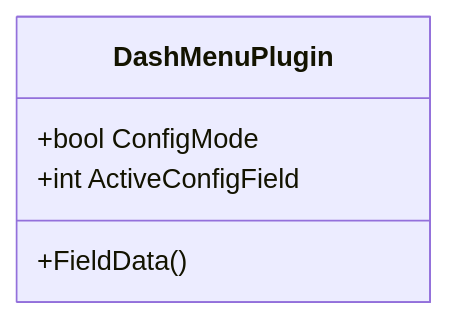
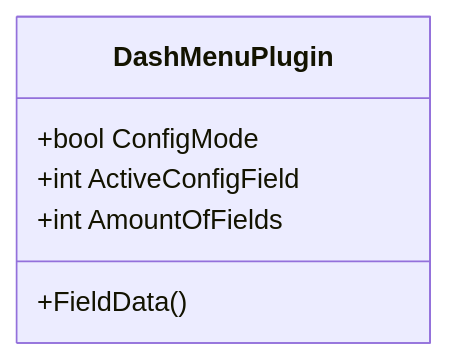
The second of 2 diagrams in README.md (SCarlsen7757/SimhubDashMenuPlugin), drawn with Mermaid before and after one commit. The commit also changed other lines of this file and 1 other file, not shown here.

Commit message:
Changed Amount of fields from a function to a property in Simhub NCalc

````diff
--- a/README.md
+++ b/README.md
@@ -86,8 +101,9 @@
 ```mermaid
 classDiagram
     class DashMenuPlugin{
       +bool ConfigMode
       +int ActiveConfigField
+      +int AmountOfFields
       +FieldData()
     }
 ```
````
